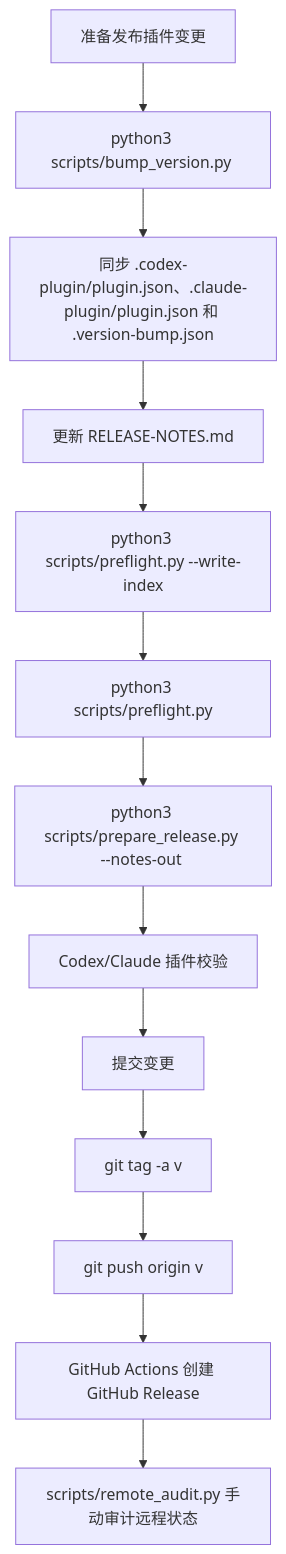
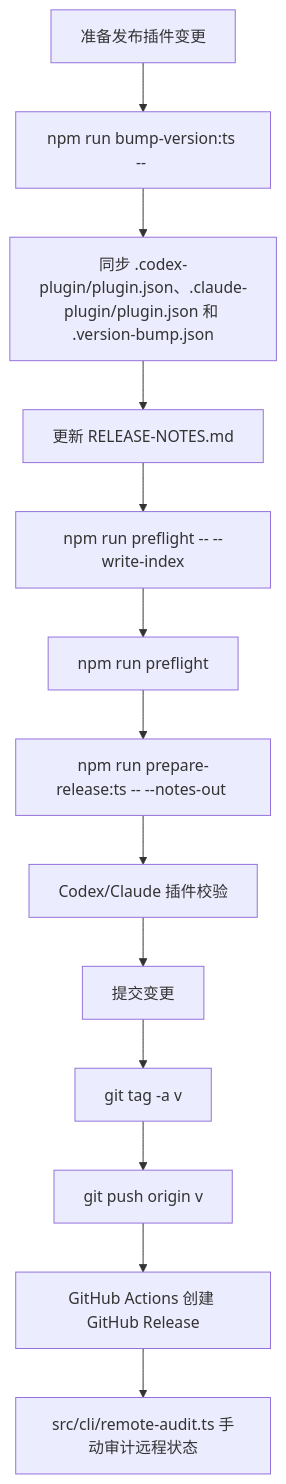
Diagram 11 of 12 in docs/workflow-chain.md (Vincen-dev/coding-plugins), drawn with Mermaid before and after one commit. The commit also changed other lines of this file and 158 other files, not shown here.

````diff
--- a/docs/workflow-chain.md
+++ b/docs/workflow-chain.md
@@ -346,15 +346,15 @@
 ```mermaid
 flowchart TD
-  A["准备发布插件变更"] --> B["python3 scripts/bump_version.py <version>"]
+  A["准备发布插件变更"] --> B["npm run bump-version:ts -- <version>"]
   B --> C["同步 .codex-plugin/plugin.json、.claude-plugin/plugin.json 和 .version-bump.json"]
   C --> D["更新 RELEASE-NOTES.md"]
-  D --> E["python3 scripts/preflight.py --write-index"]
-  E --> F["python3 scripts/preflight.py"]
-  F --> G["python3 scripts/prepare_release.py --notes-out <file>"]
+  D --> E["npm run preflight -- --write-index"]
+  E --> F["npm run preflight"]
+  F --> G["npm run prepare-release:ts -- --notes-out <file>"]
   G --> H["Codex/Claude 插件校验"]
   H --> I["提交变更"]
   I --> J["git tag -a v<version>"]
   J --> K["git push origin v<version>"]
   K --> L["GitHub Actions 创建 GitHub Release"]
-  L --> M["scripts/remote_audit.py 手动审计远程状态"]
+  L --> M["src/cli/remote-audit.ts 手动审计远程状态"]
 ```
````
